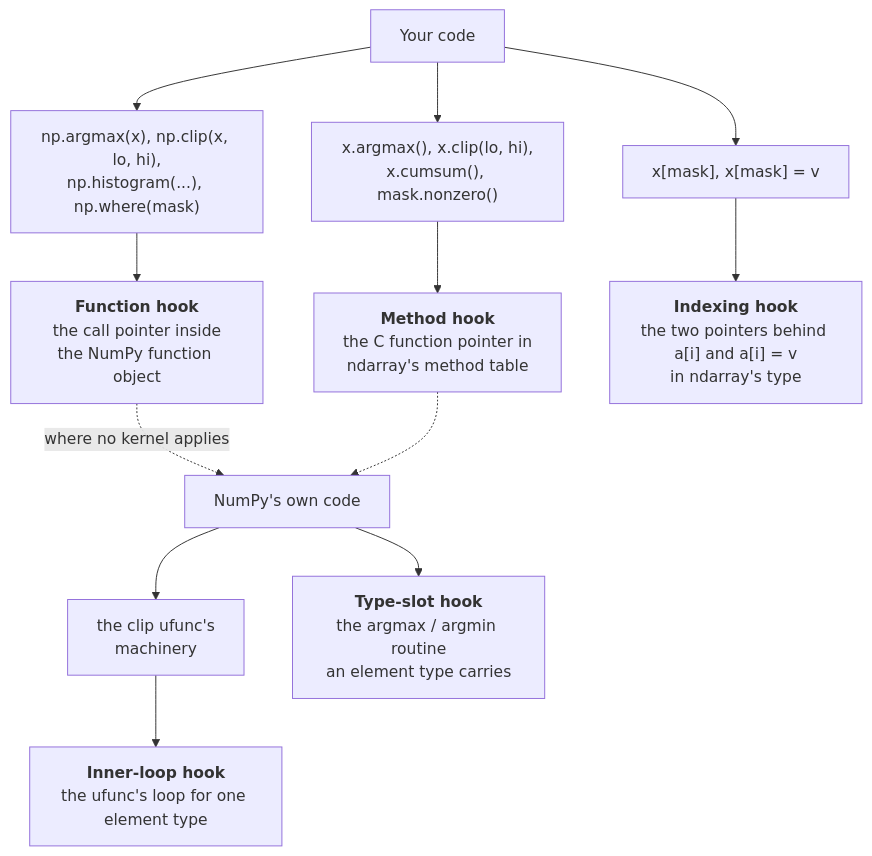
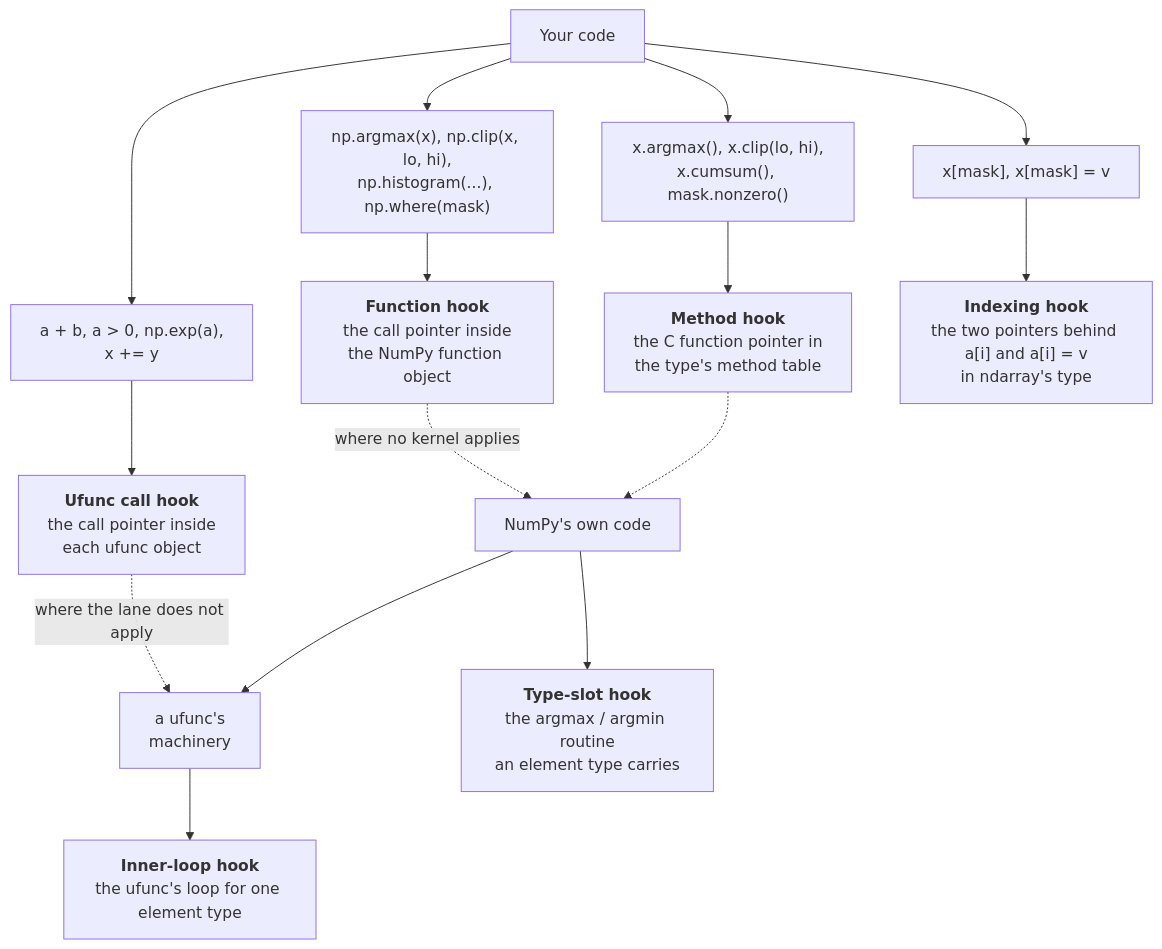
The first of 3 diagrams in docsite/pages/report/delivery.md (sofeikov/hotkernels), drawn with Mermaid before and after one commit. The commit also changed other lines of this file and 14 other files, not shown here.

````diff
--- a/docsite/pages/report/delivery.md
+++ b/docsite/pages/report/delivery.md
@@ -32,18 +32,21 @@
-```mermaid Where the five hooks sit. A deeper hook is reached by more ways of writing the same operation and needs fewer checks, because NumPy has already done its own. A shallower hook can skip NumPy's fixed costs.
+```mermaid Where the hooks in NumPy sit. A deeper hook is reached by more ways of writing the same operation and needs fewer checks, because NumPy has already done its own. A shallower hook can skip NumPy's fixed costs.
 flowchart TD
   code["Your code"]
   code --> f["np.argmax(x), np.clip(x, lo, hi),<br/>np.histogram(...), np.where(mask)"]
   code --> m["x.argmax(), x.clip(lo, hi),<br/>x.cumsum(), mask.nonzero()"]
   code --> i["x[mask], x[mask] = v"]
+  code --> o["a + b, a > 0, np.exp(a),<br/>x += y"]
 
   f --> hf["<b>Function hook</b><br/>the call pointer inside<br/>the NumPy function object"]
-  m --> hm["<b>Method hook</b><br/>the C function pointer in<br/>ndarray's method table"]
+  m --> hm["<b>Method hook</b><br/>the C function pointer in<br/>the type's method table"]
   i --> hi["<b>Indexing hook</b><br/>the two pointers behind a[i] and a[i] = v<br/>in ndarray's type"]
+  o --> hu["<b>Ufunc call hook</b><br/>the call pointer inside<br/>each ufunc object"]
   hf -.->|"where no kernel applies"| inner["NumPy's own code"]
   hm -.-> inner
-  inner --> wrap["the clip ufunc's<br/>machinery"]
+  hu -.->|"where the lane does not apply"| wrap
+  inner --> wrap["a ufunc's<br/>machinery"]
   wrap --> hl["<b>Inner-loop hook</b><br/>the ufunc's loop for one element type"]
   inner --> hs["<b>Type-slot hook</b><br/>the argmax / argmin routine<br/>an element type carries"]
 
-  class hf,hm,hi,hl,hs hot
+  class hf,hm,hi,hl,hs,hu hot
 ```
````
